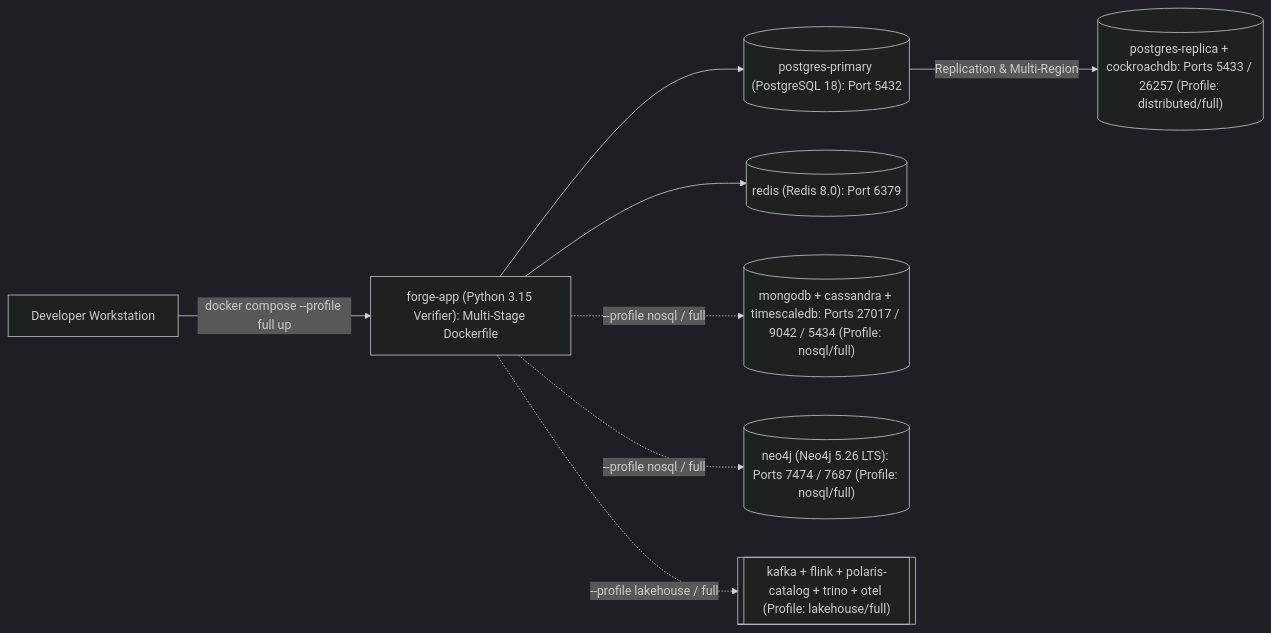
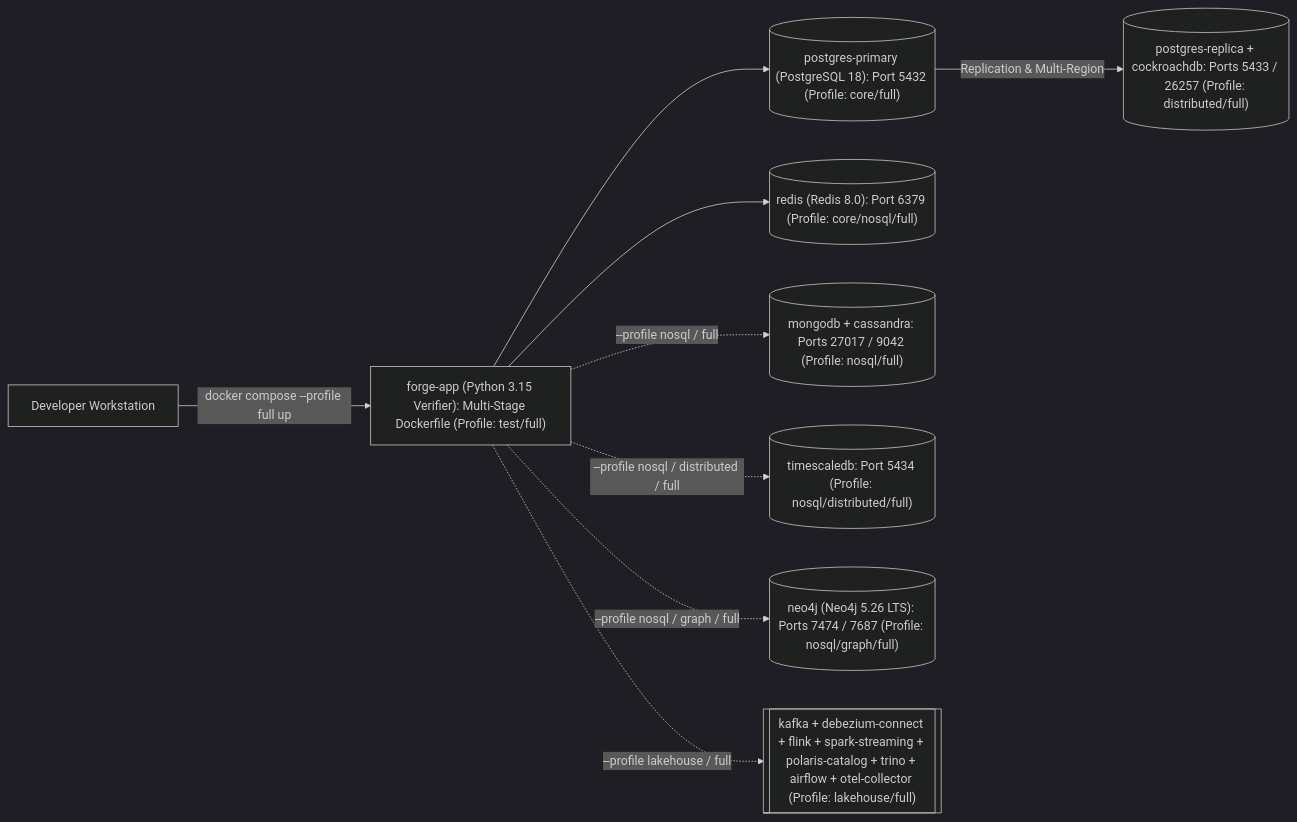
One commit to D0nG4667/gpmorgan-forge-de-portfolio changed the diagram in docs/DEVELOPER_ONBOARDING.md. Above: the diagram before and after it, drawn with Mermaid (dark theme). The commit also changed other lines of this file and 5 other files, not shown here.

````diff
--- a/docs/DEVELOPER_ONBOARDING.md
+++ b/docs/DEVELOPER_ONBOARDING.md
@@ -68,19 +72,21 @@
 ```mermaid
 flowchart LR
     DEV["Developer Workstation"]
-    APP["forge-app (Python 3.15 Verifier): Multi-Stage Dockerfile"]
-    PG1[("postgres-primary (PostgreSQL 18): Port 5432")]
+    APP["forge-app (Python 3.15 Verifier): Multi-Stage Dockerfile (Profile: test/full)"]
+    PG1[("postgres-primary (PostgreSQL 18): Port 5432 (Profile: core/full)")]
     PG2[("postgres-replica + cockroachdb: Ports 5433 / 26257 (Profile: distributed/full)")]
-    REDIS[("redis (Redis 8.0): Port 6379")]
-    MONGO[("mongodb + cassandra + timescaledb: Ports 27017 / 9042 / 5434 (Profile: nosql/full)")]
-    NEO[("neo4j (Neo4j 5.26 LTS): Ports 7474 / 7687 (Profile: nosql/full)")]
-    LAKE[["kafka + flink + polaris-catalog + trino + otel (Profile: lakehouse/full)"]]
+    REDIS[("redis (Redis 8.0): Port 6379 (Profile: core/nosql/full)")]
+    MONGO[("mongodb + cassandra: Ports 27017 / 9042 (Profile: nosql/full)")]
+    TSDB[("timescaledb: Port 5434 (Profile: nosql/distributed/full)")]
+    NEO[("neo4j (Neo4j 5.26 LTS): Ports 7474 / 7687 (Profile: nosql/graph/full)")]
+    LAKE[["kafka + debezium-connect + flink + spark-streaming + polaris-catalog + trino + airflow + otel-collector (Profile: lakehouse/full)"]]
 
     DEV -->|"docker compose --profile full up"| APP
     APP --> PG1
     PG1 -->|"Replication & Multi-Region"| PG2
     APP --> REDIS
     APP -.->|"--profile nosql / full"| MONGO
-    APP -.->|"--profile nosql / full"| NEO
+    APP -.->|"--profile nosql / distributed / full"| TSDB
+    APP -.->|"--profile nosql / graph / full"| NEO
     APP -.->|"--profile lakehouse / full"| LAKE
 ```
````
